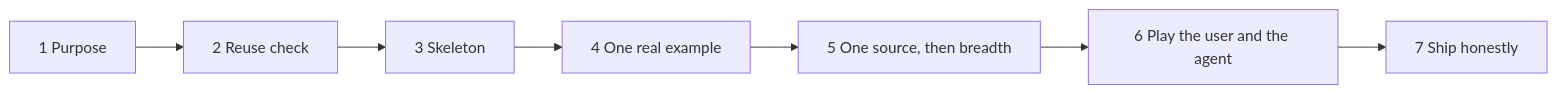
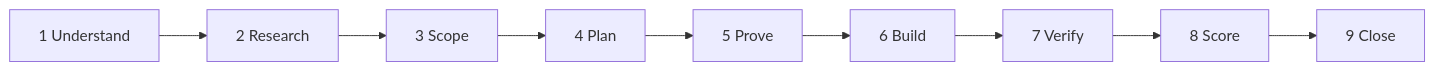
Before and after one commit to bar181/practical-ai: the diagram in drafts/project-method/README.md, drawn with Mermaid. The commit also changed other lines of this file and 39 other files, not shown here.

````diff
--- a/drafts/project-method/README.md
+++ b/drafts/project-method/README.md
@@ -53,5 +55,5 @@
 ```mermaid
 flowchart LR
-  A[1 Purpose] --> B[2 Reuse check] --> C[3 Skeleton] --> D[4 One real example]
-  D --> E[5 One source, then breadth] --> F[6 Play the user and the agent] --> G[7 Ship honestly]
+  A[1 Understand] --> B[2 Research] --> C[3 Scope] --> D[4 Plan] --> E[5 Prove]
+  E --> F[6 Build] --> G[7 Verify] --> H[8 Score] --> I[9 Close]
 ```
````
